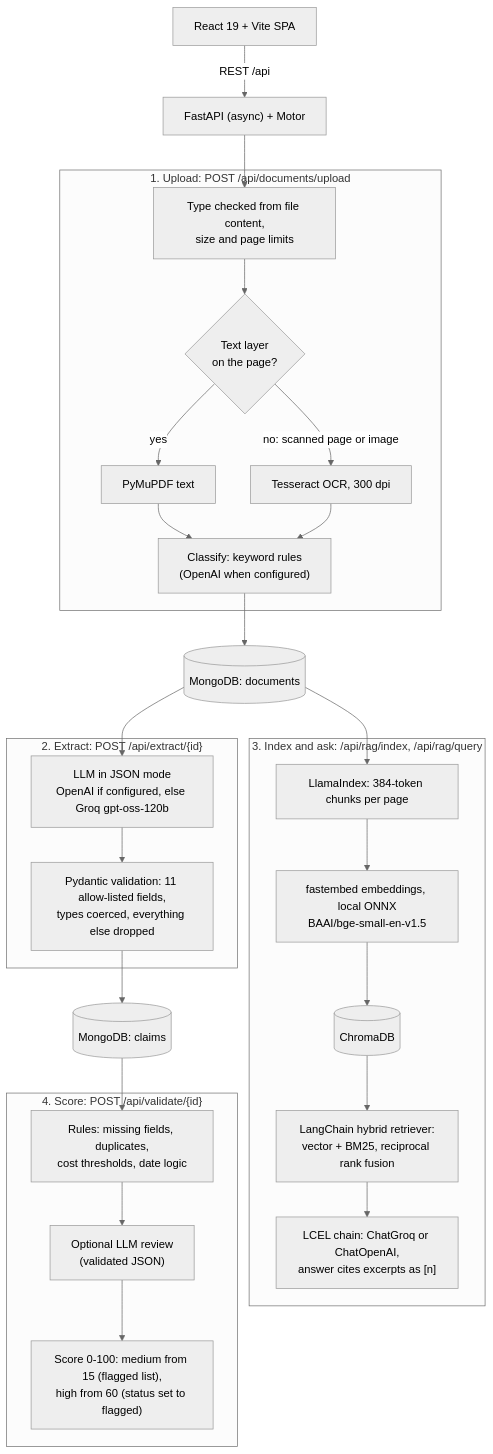
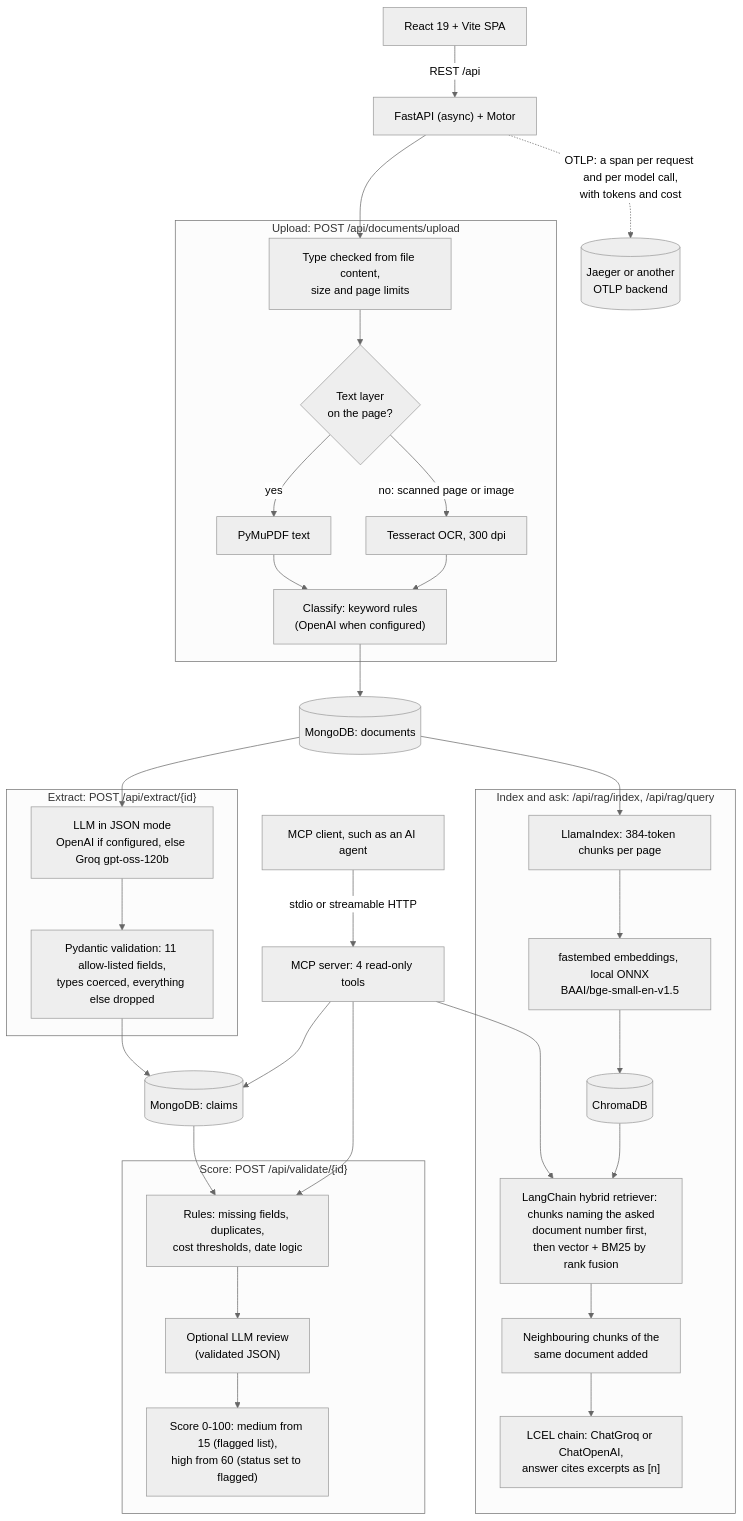
Before and after one commit to shreyashyadav1/intelliclaim-ai: the diagram in README.md, drawn with Mermaid (neutral theme). The commit also changed other lines of this file, not shown here.

````diff
--- a/README.md
+++ b/README.md
@@ -45,33 +50,40 @@
 ```mermaid
 flowchart TB
     ui["React 19 + Vite SPA"] -->|"REST /api"| api["FastAPI (async) + Motor"]
 
-    subgraph upload ["1. Upload: POST /api/documents/upload"]
+    subgraph upload ["Upload: POST /api/documents/upload"]
         sniff["Type checked from file content,<br/>size and page limits"] --> layer{"Text layer<br/>on the page?"}
         layer -->|yes| pymupdf["PyMuPDF text"]
         layer -->|"no: scanned page or image"| tesseract["Tesseract OCR, 300 dpi"]
         pymupdf --> classify["Classify: keyword rules<br/>(OpenAI when configured)"]
         tesseract --> classify
     end
 
-    subgraph extract ["2. Extract: POST /api/extract/{id}"]
+    subgraph extract ["Extract: POST /api/extract/{id}"]
         llm["LLM in JSON mode<br/>OpenAI if configured, else Groq gpt-oss-120b"] --> validate["Pydantic validation: 11 allow-listed fields,<br/>types coerced, everything else dropped"]
     end
 
-    subgraph rag ["3. Index and ask: /api/rag/index, /api/rag/query"]
+    subgraph rag ["Index and ask: /api/rag/index, /api/rag/query"]
         split["LlamaIndex: 384-token chunks per page"] --> embed["fastembed embeddings, local ONNX<br/>BAAI/bge-small-en-v1.5"] --> chroma[("ChromaDB")]
-        chroma --> hybrid["LangChain hybrid retriever:<br/>vector + BM25, reciprocal rank fusion"]
-        hybrid --> chain["LCEL chain: ChatGroq or ChatOpenAI,<br/>answer cites excerpts as [n]"]
+        chroma --> hybrid["LangChain hybrid retriever: chunks naming the asked<br/>document number first, then vector + BM25 by rank fusion"]
+        hybrid --> neighbors["Neighbouring chunks of the<br/>same document added"]
+        neighbors --> chain["LCEL chain: ChatGroq or ChatOpenAI,<br/>answer cites excerpts as [n]"]
     end
 
-    subgraph risk ["4. Score: POST /api/validate/{id}"]
+    subgraph risk ["Score: POST /api/validate/{id}"]
         rules["Rules: missing fields, duplicates,<br/>cost thresholds, date logic"] --> review["Optional LLM review<br/>(validated JSON)"] --> level["Score 0-100: medium from 15 (flagged list),<br/>high from 60 (status set to flagged)"]
     end
 
     api --> sniff
     classify --> docs[("MongoDB: documents")]
     docs --> llm
     validate --> claims[("MongoDB: claims")]
     docs --> split
     claims --> rules
+
+    agent["MCP client, such as an AI agent"] -->|"stdio or streamable HTTP"| mcp["MCP server: 4 read-only tools"]
+    mcp --> hybrid
+    mcp --> claims
+    mcp --> rules
+    api -.->|"OTLP: a span per request and per model call,<br/>with tokens and cost"| otel[("Jaeger or another<br/>OTLP backend")]
 ```
````
